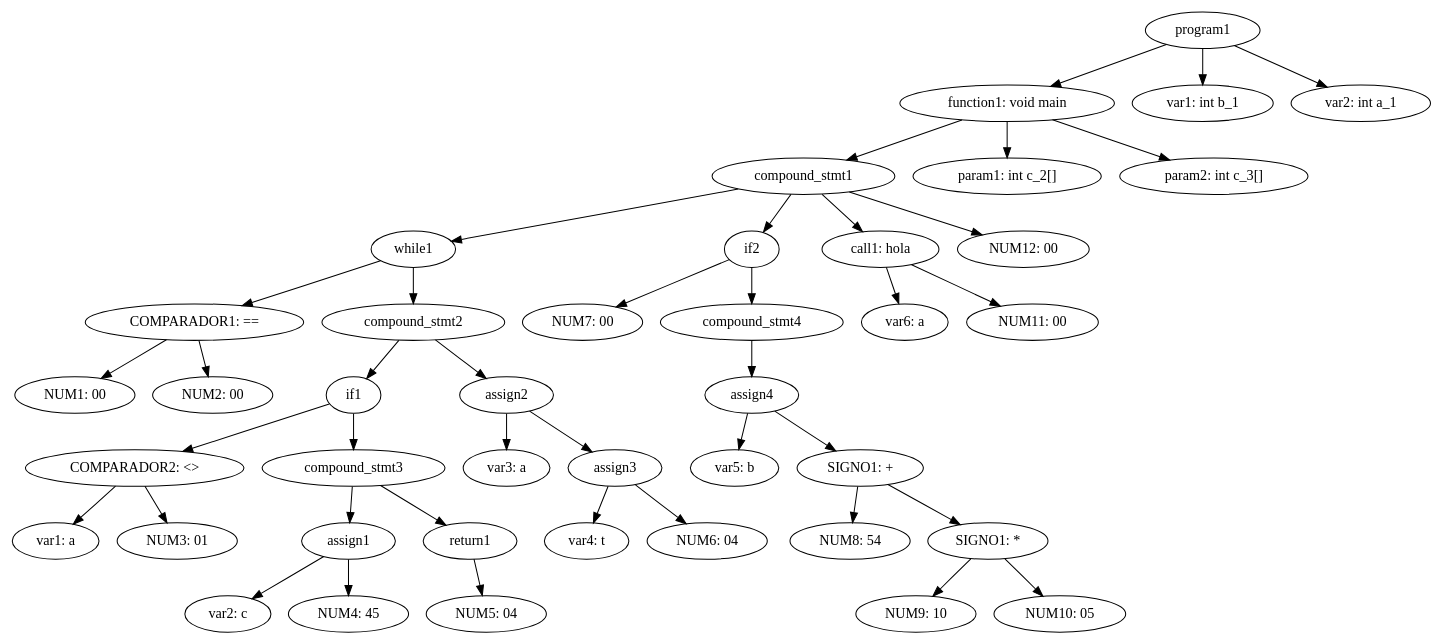
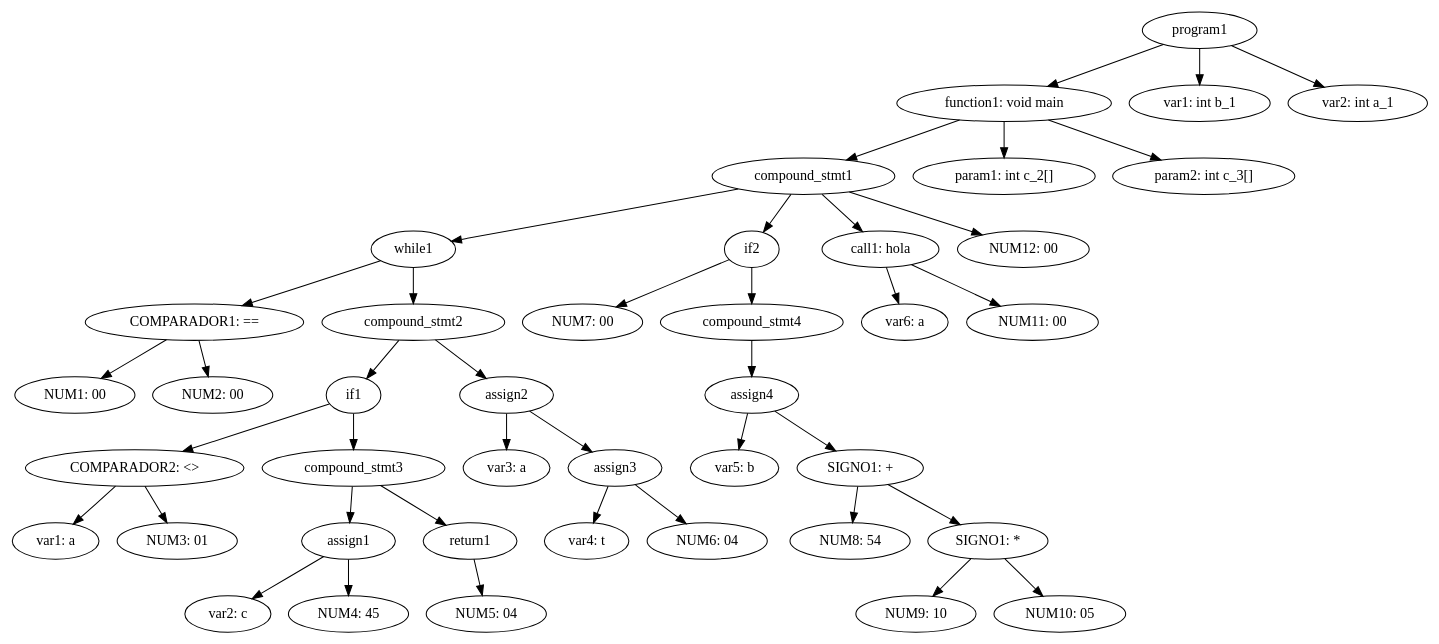
The diagram in parser_examples/out2.dot (PabloFB18/taller-compiladores), drawn with Graphviz before and after one commit. The commit also changed 11 other files, not shown here.

```diff
--- a/parser_examples/out2.dot
+++ b/parser_examples/out2.dot
@@ -1,42 +1,42 @@
 digraph G {
 	"program1" -> "function1: void main"
 	"function1: void main" -> "compound_stmt1"
 	"compound_stmt1" -> "while1"
 	"while1" -> "COMPARADOR1: =="
 	"COMPARADOR1: ==" -> "NUM1: 00"
 	"COMPARADOR1: ==" -> "NUM2: 00"
 	"while1" -> "compound_stmt2"
 	"compound_stmt2" -> "if1"
 	"if1" -> "COMPARADOR2: <>"
 	"COMPARADOR2: <>" -> "var1: a"
 	"COMPARADOR2: <>" -> "NUM3: 01"
 	"if1" -> "compound_stmt3"
 	"compound_stmt3" -> "assign1"
 	"assign1" -> "var2: c"
 	"assign1" -> "NUM4: 45"
 	"compound_stmt3" -> "return1"
 	"return1" -> "NUM5: 04"
 	"compound_stmt2" -> "assign2"
 	"assign2" -> "var3: a"
 	"assign2" -> "assign3"
 	"assign3" -> "var4: t"
 	"assign3" -> "NUM6: 04"
 	"compound_stmt1" -> "if2"
 	"if2" -> "NUM7: 00"
 	"if2" -> "compound_stmt4"
 	"compound_stmt4" -> "assign4"
 	"assign4" -> "var5: b"
 	"assign4" -> "SIGNO1: +"
 	"SIGNO1: +" -> "NUM8: 54"
 	"SIGNO1: +" -> "SIGNO1: *"
 	"SIGNO1: *" -> "NUM9: 10"
 	"SIGNO1: *" -> "NUM10: 05"
 	"compound_stmt1" -> "call1: hola"
 	"call1: hola" -> "var6: a"
 	"call1: hola" -> "NUM11: 00"
 	"compound_stmt1" -> "NUM12: 00"
-	"function1: void main" -> "param1: int c_2[] "
-	"function1: void main" -> "param2: int c_3[] "
+	"function1: void main" -> "param1: int c_2[]"
+	"function1: void main" -> "param2: int c_3[]"
 	"program1" -> "var1: int b_1"
 	"program1" -> "var2: int a_1"
 }
```
